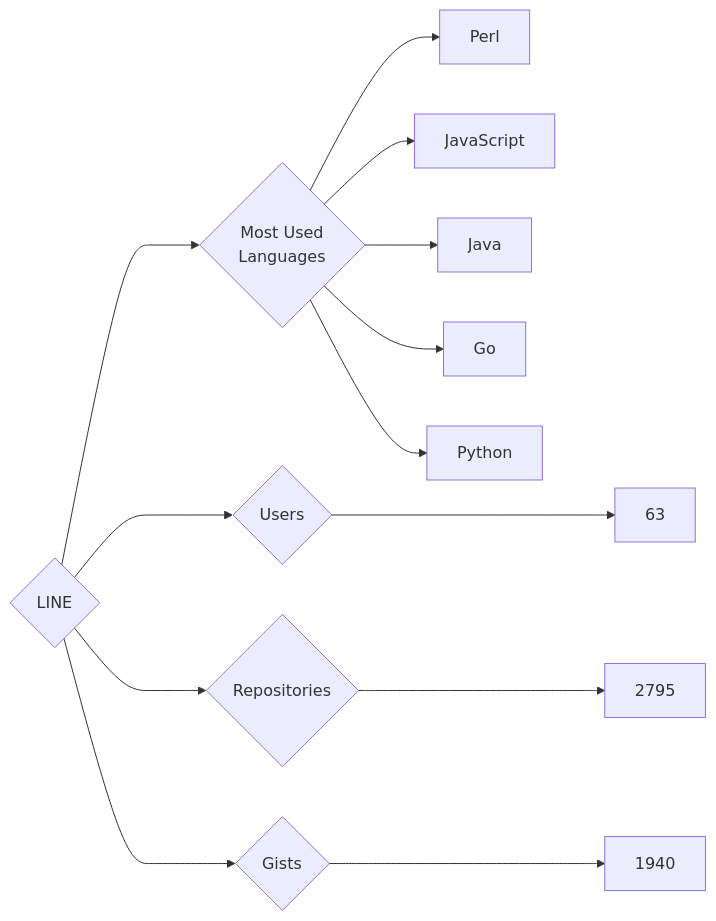
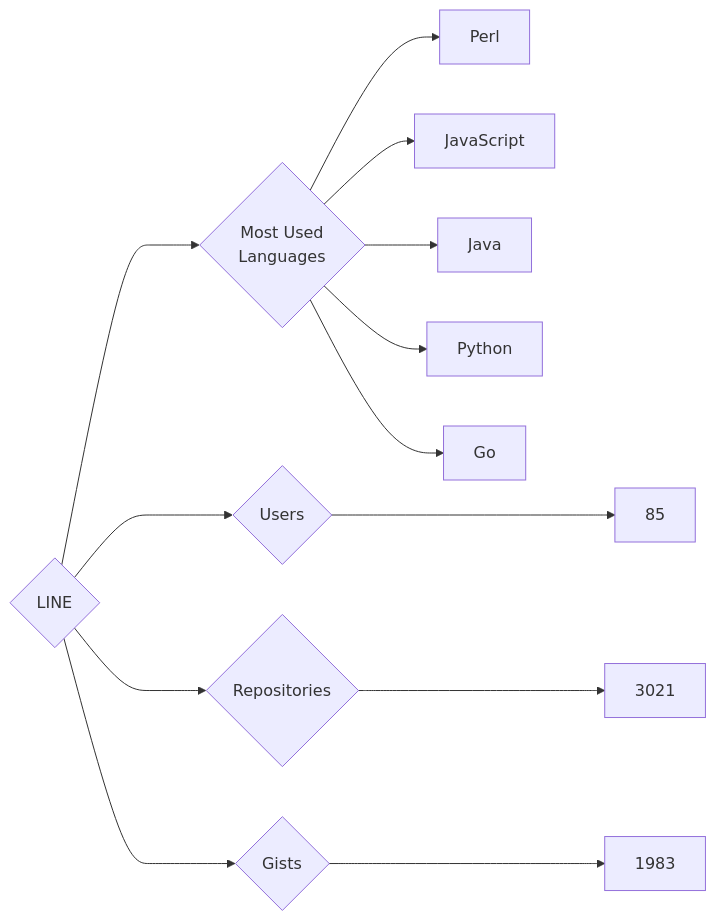
Before and after one commit to trickest/insiders: the diagram in targets/LINE/README.md, drawn with Mermaid. The commit also changed 681 other files, not shown here.

````diff
--- a/targets/LINE/README.md
+++ b/targets/LINE/README.md
@@ -3,13 +3,13 @@
 ```mermaid
 graph LR
 COMPANY_NAME{LINE}
-COMPANY_NAME ---> U{Users} ---> UN[63]
-COMPANY_NAME ---> R{Repositories} ---> RN[2795]
-COMPANY_NAME ---> G{Gists} ---> GN[1940]
+COMPANY_NAME ---> U{Users} ---> UN[85]
+COMPANY_NAME ---> R{Repositories} ---> RN[3021]
+COMPANY_NAME ---> G{Gists} ---> GN[1983]
 COMPANY_NAME ---> ML{Most Used<br>Languages}
 ML --> Perl[Perl]
 ML --> JavaScript[JavaScript]
 ML --> Java[Java]
+ML --> Python[Python]
 ML --> Go[Go]
-ML --> Python[Python]
 ```
````
